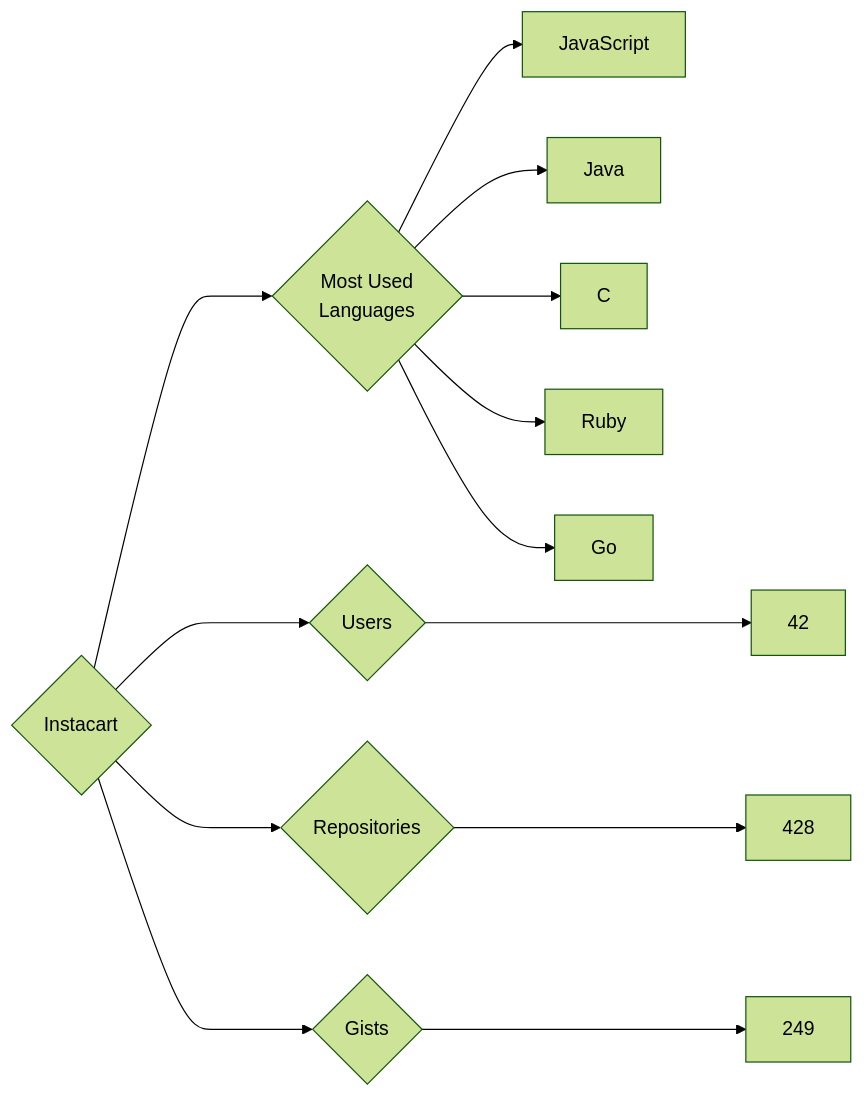
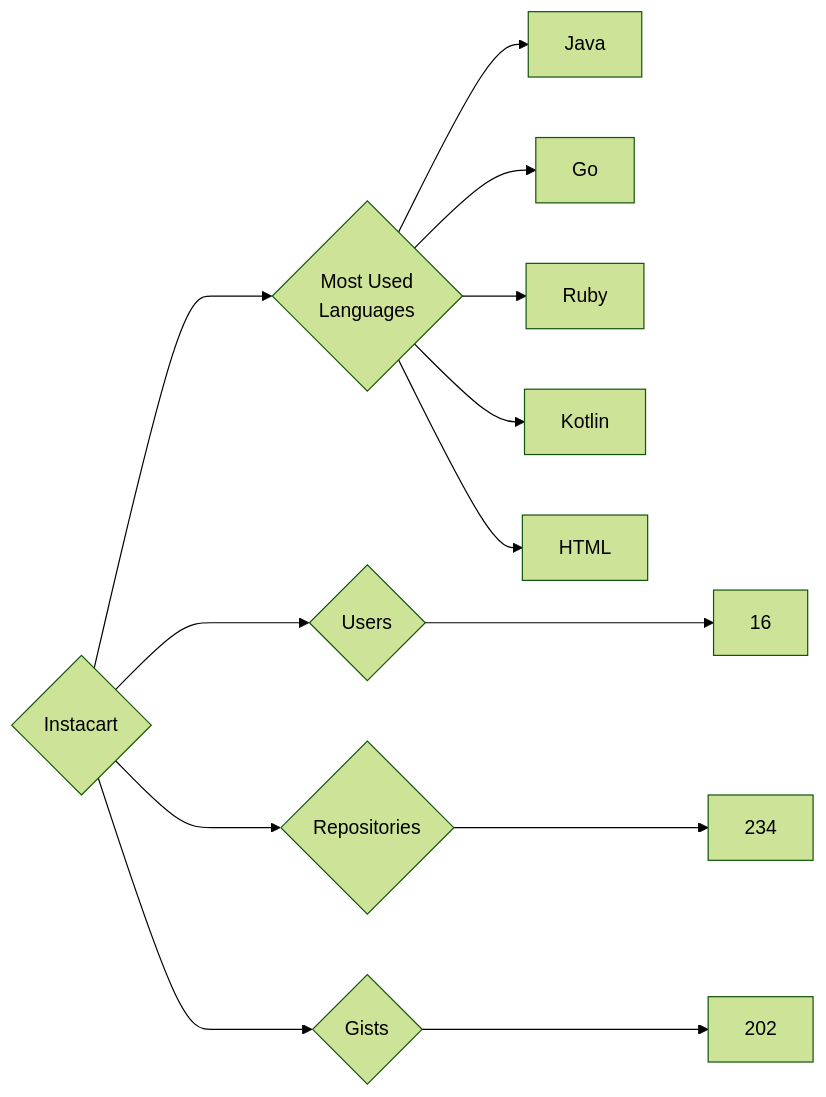
Before and after one commit to trickest/insiders: the diagram in targets/Instacart/README.md, drawn with Mermaid (forest theme). The commit also changed 900 other files, not shown here.

````diff
--- a/targets/Instacart/README.md
+++ b/targets/Instacart/README.md
@@ -3,13 +3,13 @@
 ```mermaid
 graph LR
 COMPANY_NAME{Instacart}
-COMPANY_NAME ---> U{Users} ---> UN[42]
-COMPANY_NAME ---> R{Repositories} ---> RN[428]
-COMPANY_NAME ---> G{Gists} ---> GN[249]
+COMPANY_NAME ---> U{Users} ---> UN[16]
+COMPANY_NAME ---> R{Repositories} ---> RN[234]
+COMPANY_NAME ---> G{Gists} ---> GN[202]
 COMPANY_NAME ---> ML{Most Used<br>Languages}
-ML --> JavaScript[JavaScript]
 ML --> Java[Java]
-ML --> C[C]
+ML --> Go[Go]
 ML --> Ruby[Ruby]
-ML --> Go[Go]
+ML --> Kotlin[Kotlin]
+ML --> HTML[HTML]
 ```
````
